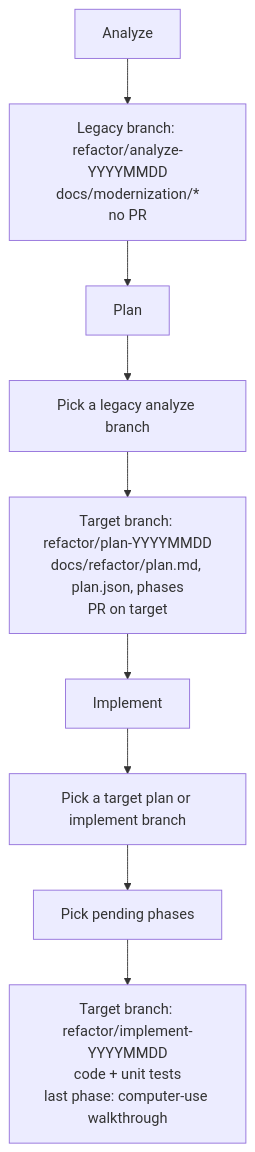
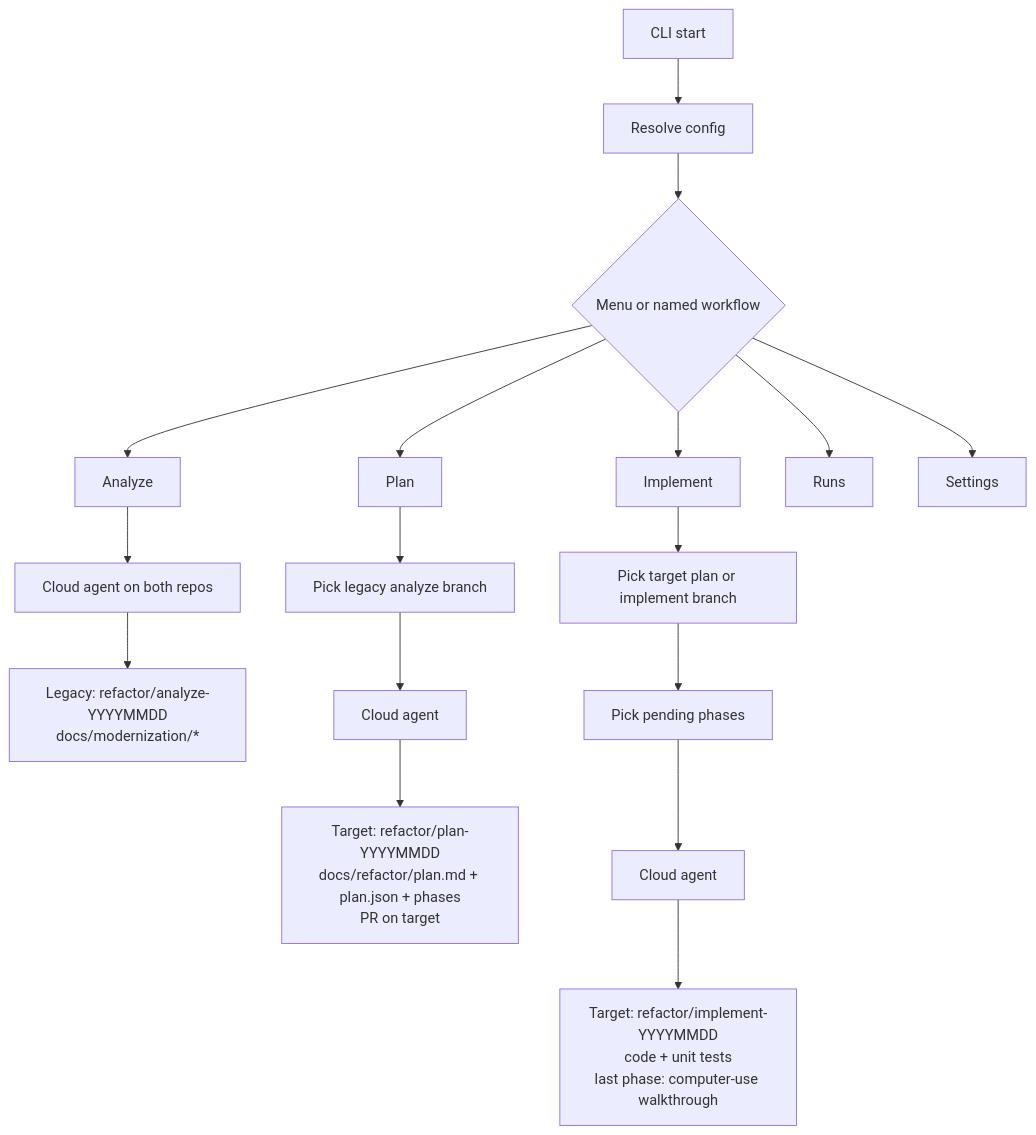
One commit to neerajmandal/enterprise-refactor changed the diagram in docs/architecture.md. Above: the diagram before and after it, drawn with Mermaid. The commit also changed other lines of this file, not shown here.

Commit message:
Restore the branching workflow diagram.

````diff
--- a/docs/architecture.md
+++ b/docs/architecture.md
@@ -5,13 +5,22 @@
 ```mermaid
 flowchart TB
-    analyze[Analyze] --> analyzeOut["Legacy branch: refactor/analyze-YYYYMMDD<br/>docs/modernization/*<br/>no PR"]
+    start[CLI start] --> resolve[Resolve config]
+    resolve --> menu{Menu or named workflow}
+    menu --> analyze[Analyze]
+    menu --> plan[Plan]
+    menu --> implement[Implement]
+    menu --> runs[Runs]
+    menu --> settings[Settings]
 
-    analyzeOut --> plan[Plan]
-    plan --> pickAnalyze[Pick a legacy analyze branch]
-    pickAnalyze --> planOut["Target branch: refactor/plan-YYYYMMDD<br/>docs/refactor/plan.md, plan.json, phases<br/>PR on target"]
+    analyze --> analyzeAgent[Cloud agent on both repos]
+    analyzeAgent --> analyzeOut["Legacy: refactor/analyze-YYYYMMDD<br/>docs/modernization/*"]
 
-    planOut --> implement[Implement]
-    implement --> pickPlan[Pick a target plan or implement branch]
+    plan --> pickAnalyze[Pick legacy analyze branch]
+    pickAnalyze --> planAgent[Cloud agent]
+    planAgent --> planOut["Target: refactor/plan-YYYYMMDD<br/>docs/refactor/plan.md + plan.json + phases<br/>PR on target"]
+
+    implement --> pickPlan[Pick target plan or implement branch]
     pickPlan --> pickPhases[Pick pending phases]
-    pickPhases --> implOut["Target branch: refactor/implement-YYYYMMDD<br/>code + unit tests<br/>last phase: computer-use walkthrough"]
+    pickPhases --> implAgent[Cloud agent]
+    implAgent --> implOut["Target: refactor/implement-YYYYMMDD<br/>code + unit tests<br/>last phase: computer-use walkthrough"]
 ```
````
